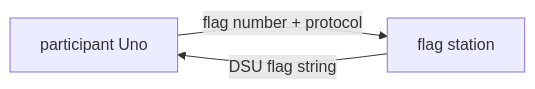
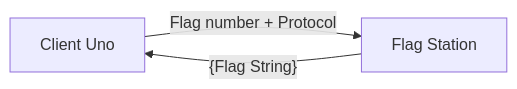
The second of 9 diagrams in README.md (PatchyBitz/uno-flag-station), drawn with Mermaid before and after one commit. The commit also changed other lines of this file, not shown here.

````diff
--- a/README.md
+++ b/README.md
@@ -39,5 +38,5 @@
 ```mermaid
 flowchart LR
-  Part[participant Uno] -->|"flag number + protocol"| Station[flag station]
-  Station -->|"DSU flag string"| Part
+  Part[Client Uno] -->|"Flag number + Protocol"| Station[Flag Station]
+  Station -->|"{Flag String}"| Part
 ```
````
